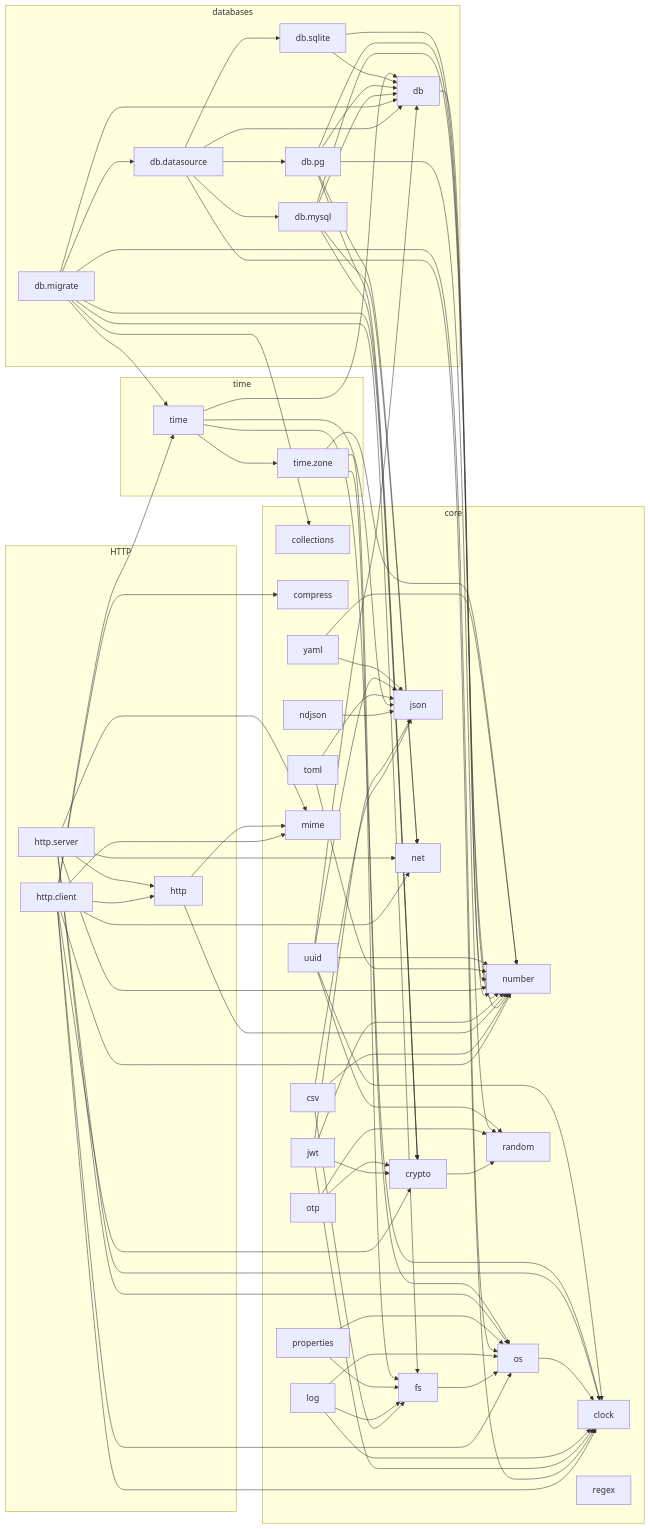
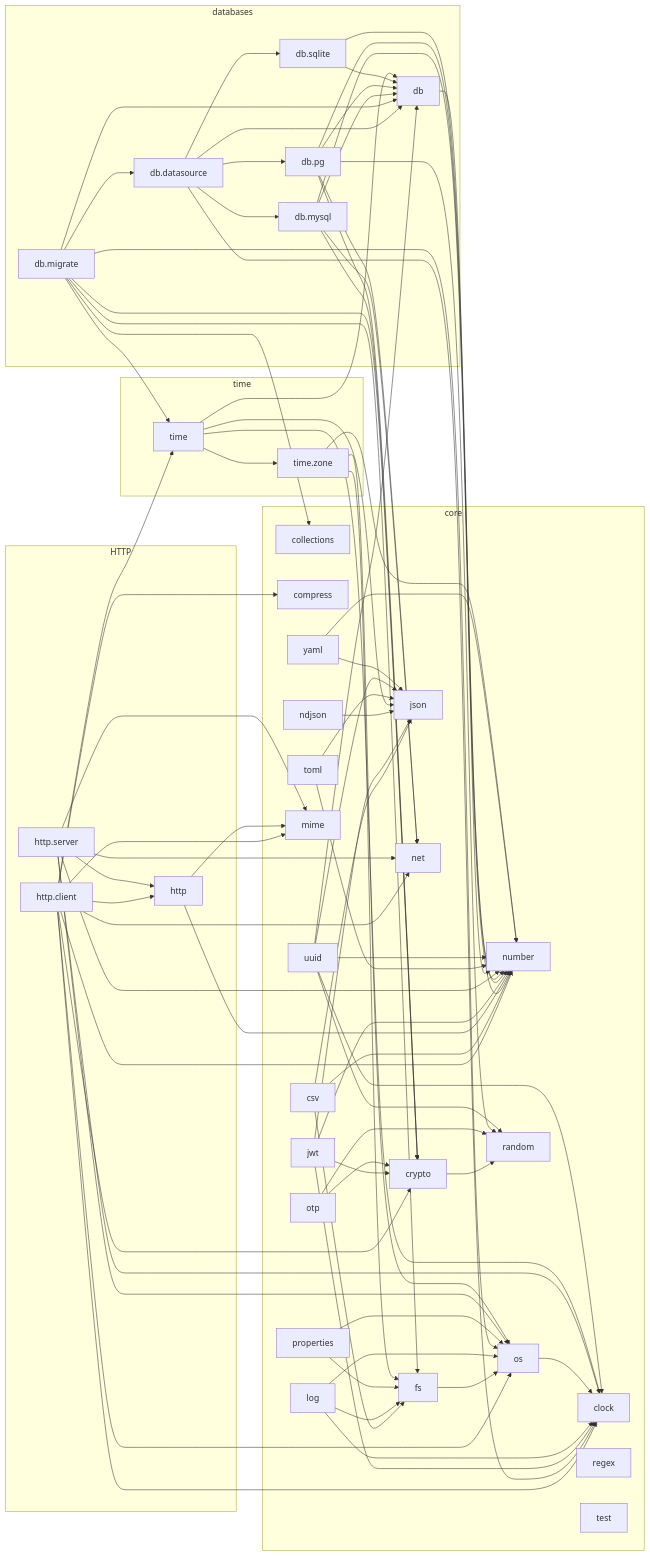
The diagram in docs/lib/dependencies.md (vasnatech/ziman), drawn with Mermaid before and after one commit. The commit also changed other lines of this file and 41 other files, not shown here.

```diff
--- a/docs/lib/dependencies.md
+++ b/docs/lib/dependencies.md
@@ -26,6 +26,7 @@
         properties["properties"]
         random["random"]
         regex["regex"]
+        test["test"]
         toml["toml"]
         uuid["uuid"]
         yaml["yaml"]
```
